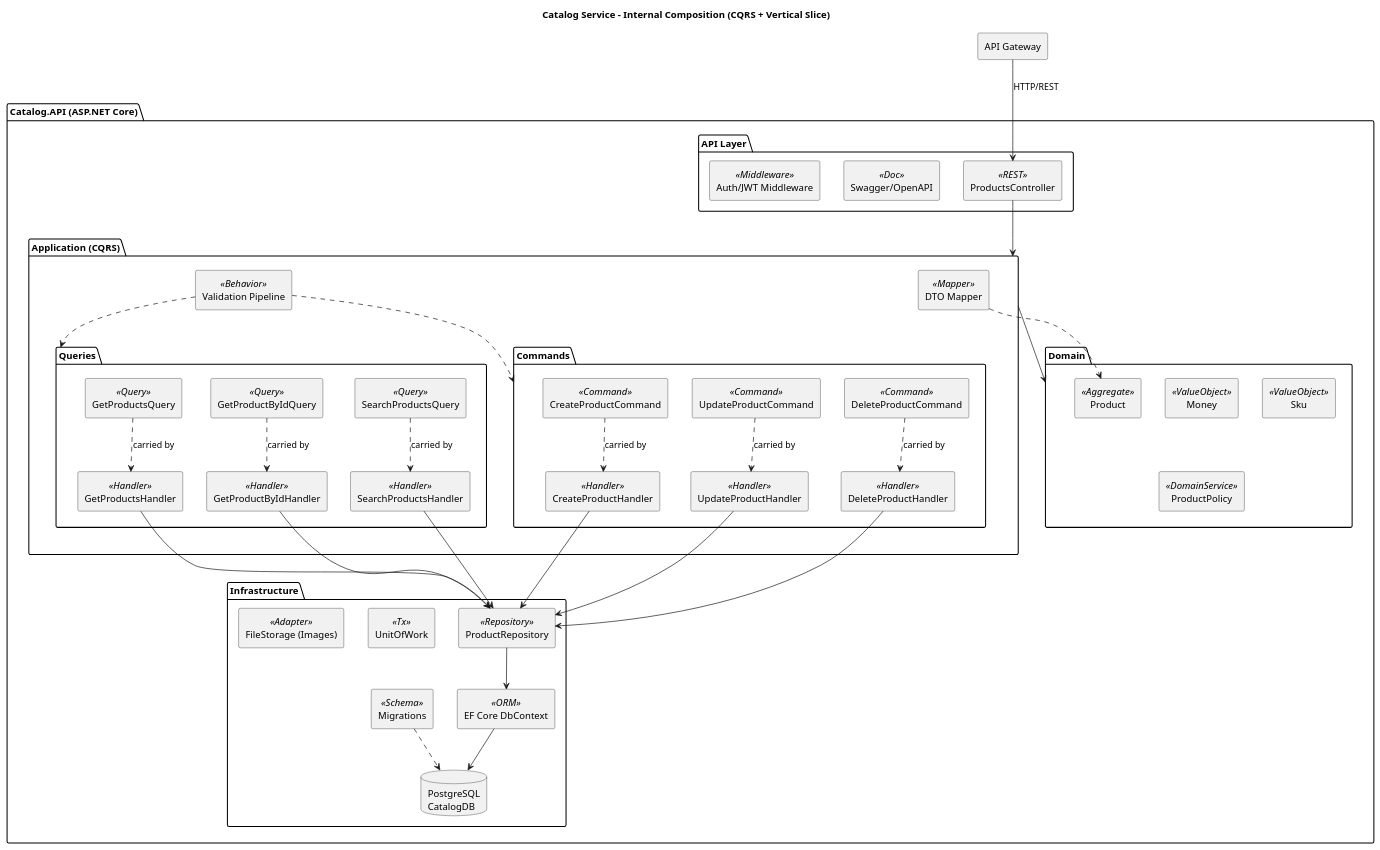
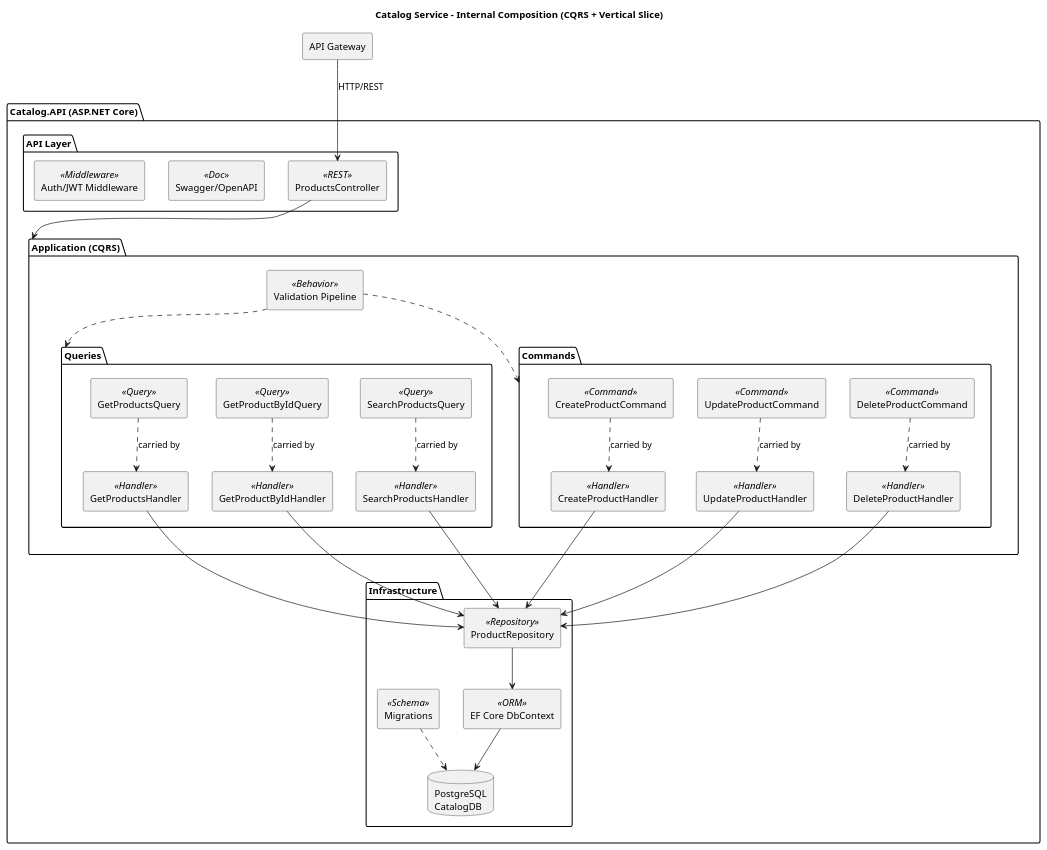
One commit to DEV-Velris/eshop-ynov--1 changed the diagram in src/test.puml. Above: the diagram before and after it, drawn with PlantUML. The commit also changed 2 other files, not shown here.

```diff
--- a/src/test.puml
+++ b/src/test.puml
@@ -1,87 +1,78 @@
 @startuml
 title Catalog Service - Internal Composition (CQRS + Vertical Slice)
 skinparam componentStyle rectangle
 
 package "Catalog.API (ASP.NET Core)" {
 
   package "API Layer" as Api {
     component "ProductsController" as C_ProductsController <<REST>>
     component "Swagger/OpenAPI" as C_Swagger <<Doc>>
     component "Auth/JWT Middleware" as C_Auth <<Middleware>>
   }
 
   package "Application (CQRS)" as App {
 
     package "Queries" as Q {
       component "GetProductsQuery" as Q_GetProductsQuery <<Query>>
       component "GetProductByIdQuery" as Q_GetProductByIdQuery <<Query>>
       component "SearchProductsQuery" as Q_SearchProductsQuery <<Query>>
 
       component "GetProductsHandler" as Q_GetProductsHandler <<Handler>>
       component "GetProductByIdHandler" as Q_GetProductByIdHandler <<Handler>>
       component "SearchProductsHandler" as Q_SearchProductsHandler <<Handler>>
     }
 
     package "Commands" as C {
       component "CreateProductCommand" as C_CreateProductCommand <<Command>>
       component "UpdateProductCommand" as C_UpdateProductCommand <<Command>>
       component "DeleteProductCommand" as C_DeleteProductCommand <<Command>>
 
       component "CreateProductHandler" as C_CreateProductHandler <<Handler>>
       component "UpdateProductHandler" as C_UpdateProductHandler <<Handler>>
       component "DeleteProductHandler" as C_DeleteProductHandler <<Handler>>
     }
 
     component "Validation Pipeline" as App_ValidationPipeline <<Behavior>>
-    component "DTO Mapper" as App_DTOMapper <<Mapper>>
   }
 
-  package "Domain" as Dom {
-    component "Product" as D_Product <<Aggregate>>
-    component "Money" as D_Money <<ValueObject>>
-    component "Sku" as D_Sku <<ValueObject>>
-    component "ProductPolicy" as D_ProductPolicy <<DomainService>>
-  }
+  
 
   package "Infrastructure" as Infra {
     component "ProductRepository" as I_ProductRepository <<Repository>>
-    component "UnitOfWork" as I_UnitOfWork <<Tx>>
     component "EF Core DbContext" as I_DbContext <<ORM>>
     database "PostgreSQL\nCatalogDB" as DB_Pg
     component "Migrations" as I_Migrations <<Schema>>
-    component "FileStorage (Images)" as I_FileStorage <<Adapter>>
   }
 }
 
 Q_GetProductsQuery ..> Q_GetProductsHandler : carried by
 Q_GetProductByIdQuery ..> Q_GetProductByIdHandler : carried by
 Q_SearchProductsQuery ..> Q_SearchProductsHandler : carried by
 C_CreateProductCommand ..> C_CreateProductHandler : carried by
 C_UpdateProductCommand ..> C_UpdateProductHandler : carried by
 C_DeleteProductCommand ..> C_DeleteProductHandler : carried by
 
 ' --- Relations internes ---
 C_ProductsController --> App
-App --> Dom
+
 
 Q_GetProductsHandler --> I_ProductRepository
 Q_GetProductByIdHandler --> I_ProductRepository
 Q_SearchProductsHandler --> I_ProductRepository
 
 C_CreateProductHandler --> I_ProductRepository
 C_UpdateProductHandler --> I_ProductRepository
 C_DeleteProductHandler --> I_ProductRepository
 
 I_ProductRepository --> I_DbContext
 I_DbContext --> DB_Pg
 I_Migrations ..> DB_Pg
 
 App_ValidationPipeline ..> C
 App_ValidationPipeline ..> Q
-App_DTOMapper ..> D_Product
 
 ' --- Bord du contexte ---
 component "API Gateway" as APIGW
 APIGW --> C_ProductsController : HTTP/REST
 
 @enduml
```
